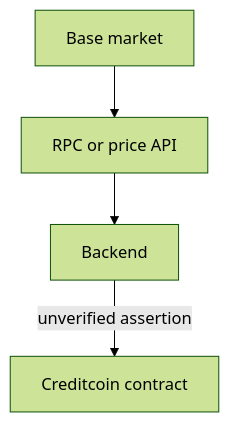
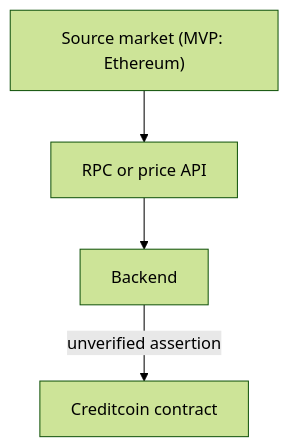
Before and after one commit to godspowerufot/VINCE: the diagram in docs/00-PROBLEM.md, drawn with Mermaid (forest theme). The commit also changed other lines of this file and 73 other files, not shown here.

````diff
--- a/docs/00-PROBLEM.md
+++ b/docs/00-PROBLEM.md
@@ -27,6 +29,6 @@
 ```mermaid
 flowchart TB
-  BASE["Base market"] --> RPC["RPC or price API"]
+  SRC["Source market (MVP: Ethereum)"] --> RPC["RPC or price API"]
   RPC --> BE["Backend"]
   BE -->|"unverified assertion"| CC["Creditcoin contract"]
 ```
````
